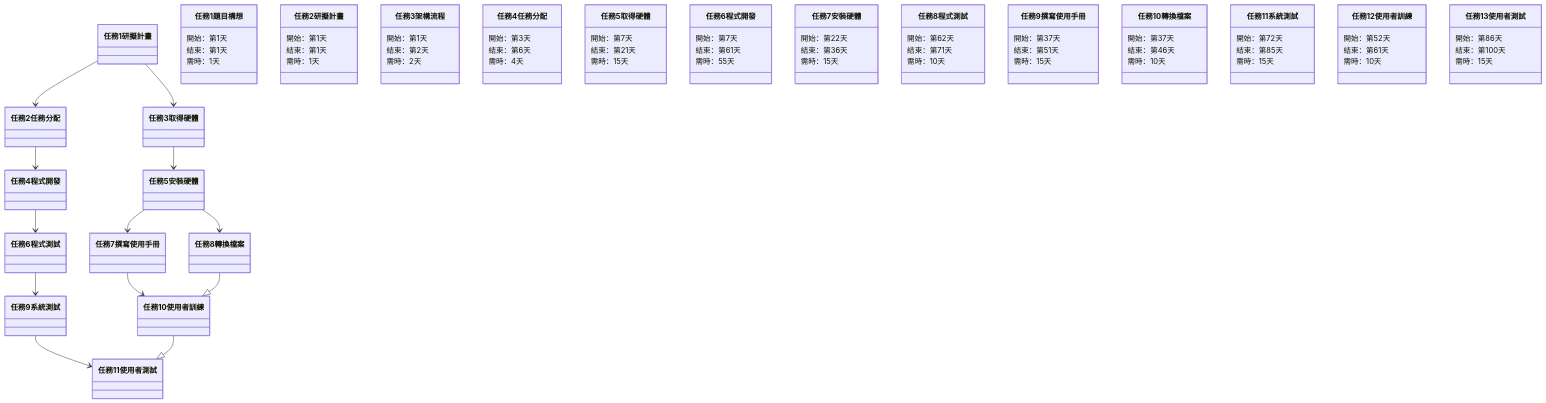
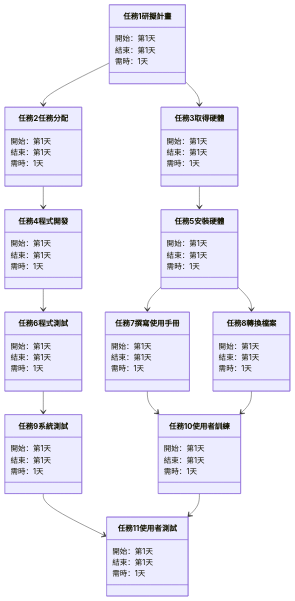
Before and after one commit to mark13578/2022-sasd: the first of 2 diagrams in hw2.md, drawn with Mermaid.

````diff
--- a/hw2.md
+++ b/hw2.md
@@ -16,70 +16,61 @@
 ```mermaid
 classDiagram
 
 任務1 研擬計畫 --> 任務2 任務分配
 任務1 研擬計畫 --> 任務3 取得硬體
 任務2 任務分配 --> 任務4 程式開發
 任務3 取得硬體 --> 任務5 安裝硬體
 任務4 程式開發 --> 任務6 程式測試
 任務5 安裝硬體 --> 任務7 撰寫使用手冊
 任務5 安裝硬體 --> 任務8 轉換檔案
 任務6 程式測試 --> 任務9 系統測試
 任務7 撰寫使用手冊 --> 任務10 使用者訓練
-任務8 轉換檔案 --|> 任務10 使用者訓練
+任務8 轉換檔案 --> 任務10 使用者訓練
 任務9 系統測試 --> 任務11 使用者測試
-任務10 使用者訓練 --|> 任務11 使用者測試
+任務10 使用者訓練 --> 任務11 使用者測試
 
 
+任務1 研擬計畫 : 開始：第1天
+任務1 研擬計畫 : 結束：第1天
+任務1 研擬計畫 : 需時：1天
 
-任務1 題目構想 : 開始：第1天
-任務1 題目構想 : 結束：第1天
-任務1 題目構想 : 需時：1天
+任務2 任務分配 : 開始：第1天
+任務2 任務分配 : 結束：第1天
+任務2 任務分配 : 需時：1天
 
-任務2 研擬計畫 : 開始：第1天
-任務2 研擬計畫 : 結束：第1天
-任務2 研擬計畫 : 需時：1天
+任務3 取得硬體 : 開始：第1天
+任務3 取得硬體 : 結束：第1天
+任務3 取得硬體 : 需時：1天
 
-任務3 架構流程 : 開始：第1天
-任務3 架構流程 : 結束：第2天
-任務3 架構流程 : 需時：2天
+任務4 程式開發 : 開始：第1天
+任務4 程式開發 : 結束：第1天
+任務4 程式開發 : 需時：1天
 
-任務4 任務分配 : 開始：第3天
-任務4 任務分配 : 結束：第6天
-任務4 任務分配 : 需時：4天
+任務5 安裝硬體 : 開始：第1天
+任務5 安裝硬體 : 結束：第1天
+任務5 安裝硬體 : 需時：1天
 
-任務5 取得硬體 : 開始：第7天
-任務5 取得硬體 : 結束：第21天
-任務5 取得硬體 : 需時：15天
+任務6 程式測試 : 開始：第1天
+任務6 程式測試 : 結束：第1天
+任務6 程式測試 : 需時：1天
 
-任務6 程式開發 : 開始：第7天
-任務6 程式開發 : 結束：第61天
-任務6 程式開發 : 需時：55天
+任務7 撰寫使用手冊 : 開始：第1天
+任務7 撰寫使用手冊 : 結束：第1天
+任務7 撰寫使用手冊 : 需時：1天
 
-任務7 安裝硬體 : 開始：第22天
-任務7 安裝硬體 : 結束：第36天
-任務7 安裝硬體 : 需時：15天
+任務8 轉換檔案 : 開始：第1天
+任務8 轉換檔案 : 結束：第1天
+任務8 轉換檔案 : 需時：1天
 
-任務8 程式測試 : 開始：第62天
-任務8 程式測試 : 結束：第71天
-任務8 程式測試 : 需時：10天
+任務9 系統測試 : 開始：第1天
+任務9 系統測試 : 結束：第1天
+任務9 系統測試 : 需時：1天
 
-任務9 撰寫使用手冊 : 開始：第37天
-任務9 撰寫使用手冊 : 結束：第51天
-任務9 撰寫使用手冊 : 需時：15天
+任務10 使用者訓練 : 開始：第1天
+任務10 使用者訓練 : 結束：第1天
+任務10 使用者訓練 : 需時：1天
 
-任務10 轉換檔案 : 開始：第37天
-任務10 轉換檔案 : 結束：第46天
-任務10 轉換檔案 : 需時：10天
-
-任務11 系統測試 : 開始：第72天
-任務11 系統測試 : 結束：第85天
-任務11 系統測試 : 需時：15天
-
-任務12 使用者訓練 : 開始：第52天
-任務12 使用者訓練 : 結束：第61天
-任務12 使用者訓練 : 需時：10天
-
-任務13 使用者測試 : 開始：第86天
-任務13 使用者測試 : 結束：第100天
-任務13 使用者測試 : 需時：15天
+任務11 使用者測試 : 開始：第1天
+任務11 使用者測試 : 結束：第1天
+任務11 使用者測試 : 需時：1天
 ```
````
